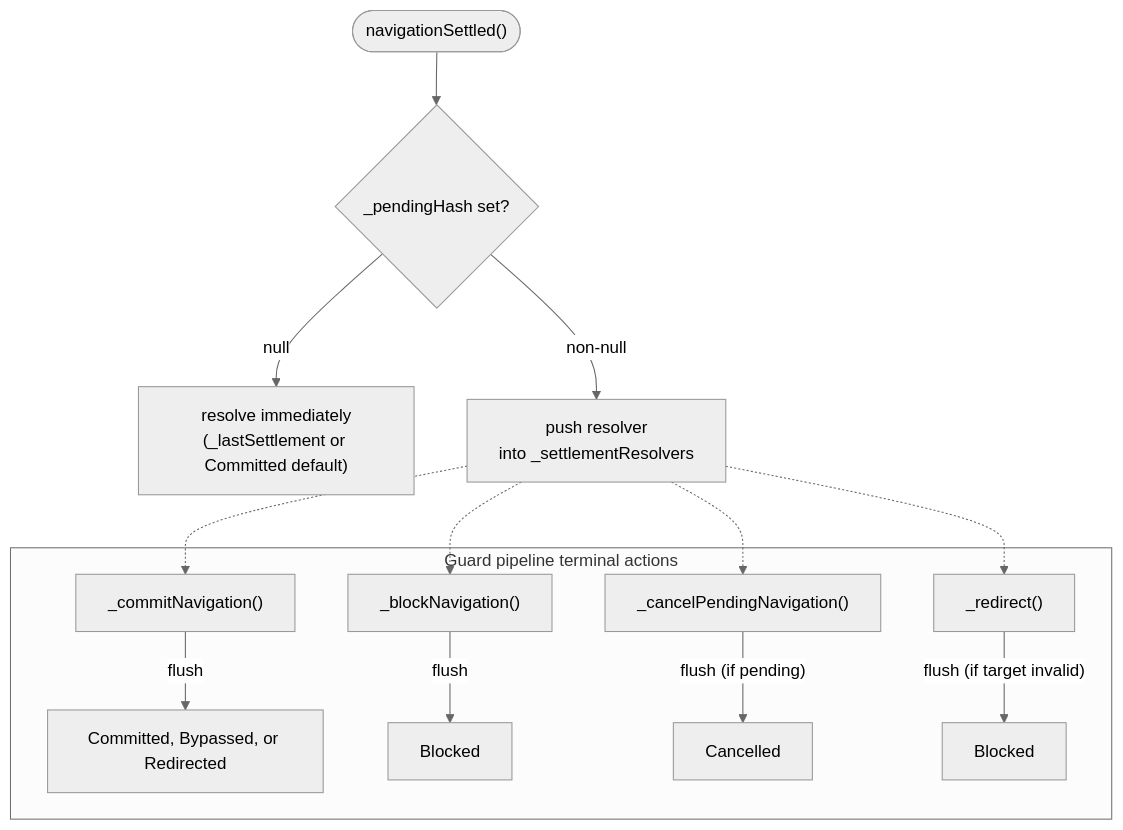
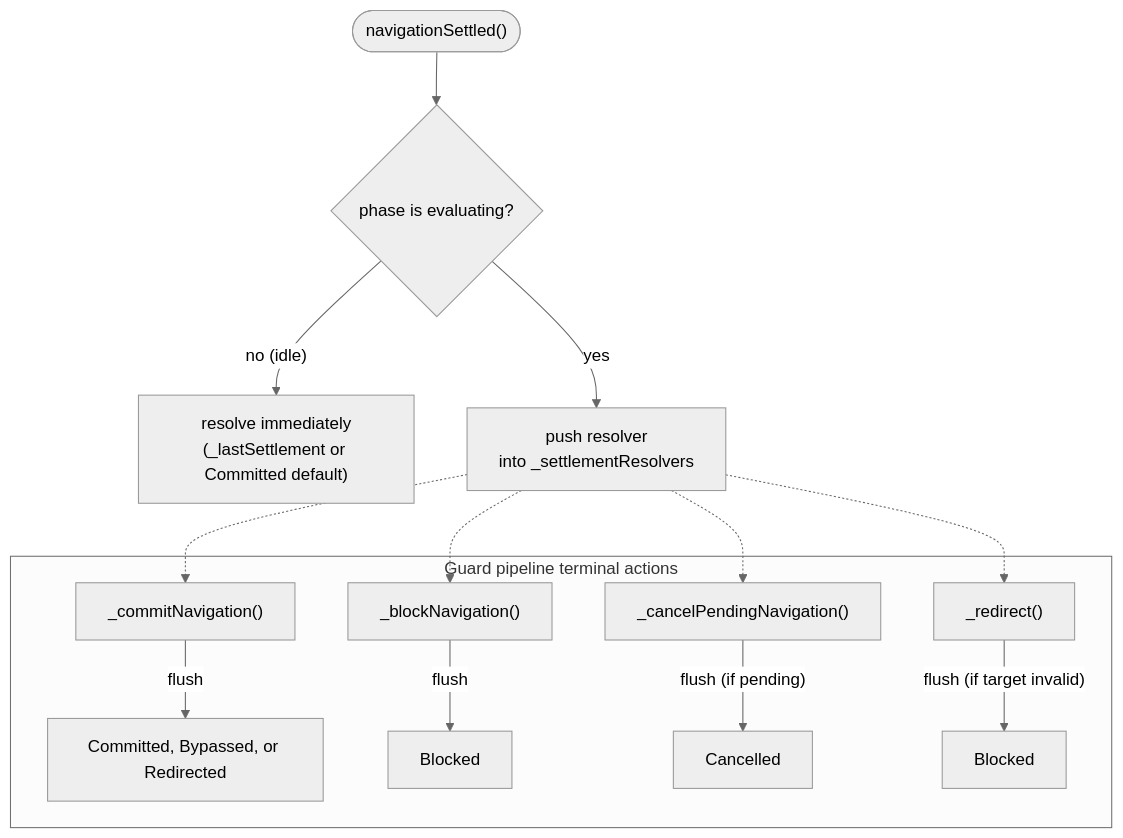
The fourth of 4 diagrams in docs/reference/architecture.md (wridgeu/ui5-lib-guard-router), drawn with Mermaid (neutral theme) before and after one commit. The commit also changed other lines of this file and 8 other files, not shown here.

````diff
--- a/docs/reference/architecture.md
+++ b/docs/reference/architecture.md
@@ -345,18 +345,18 @@
 ```mermaid
 flowchart TD
-    call(["navigationSettled()"]) --> pending{_pendingHash set?}
-    pending -- "null" --> immediate["resolve immediately<br/>(_lastSettlement or Committed default)"]
-    pending -- "non-null" --> push["push resolver<br/>into _settlementResolvers"]
+    call(["navigationSettled()"]) --> pending{phase is evaluating?}
+    pending -- "no (idle)" --> immediate["resolve immediately<br/>(_lastSettlement or Committed default)"]
+    pending -- "yes" --> push["push resolver<br/>into _settlementResolvers"]
 
     subgraph "Guard pipeline terminal actions"
         commit["_commitNavigation()"] -- "flush" --> fcommit["Committed, Bypassed, or Redirected"]
         block["_blockNavigation()"] -- "flush" --> fblock["Blocked"]
         cancel["_cancelPendingNavigation()"] -- "flush (if pending)" --> fcancel["Cancelled"]
         redirect["_redirect()"] -- "flush (if target invalid)" --> fredirect["Blocked"]
     end
 
     push -.-> commit
     push -.-> block
     push -.-> cancel
     push -.-> redirect
 ```
````
